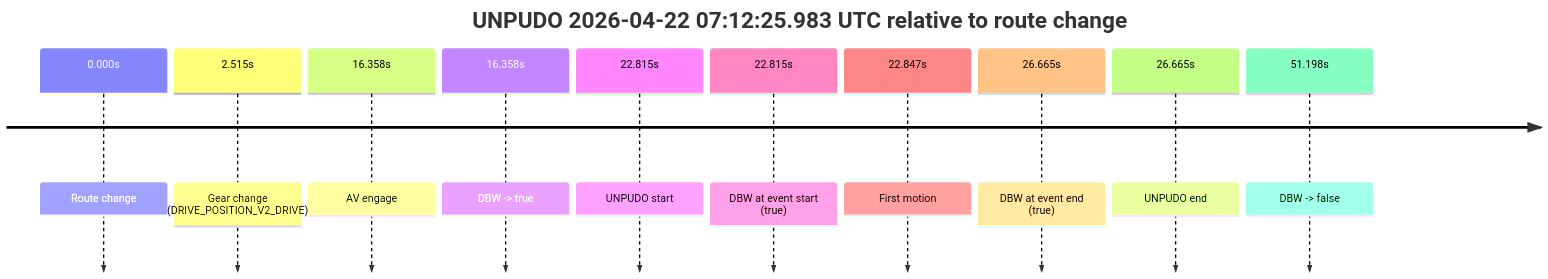
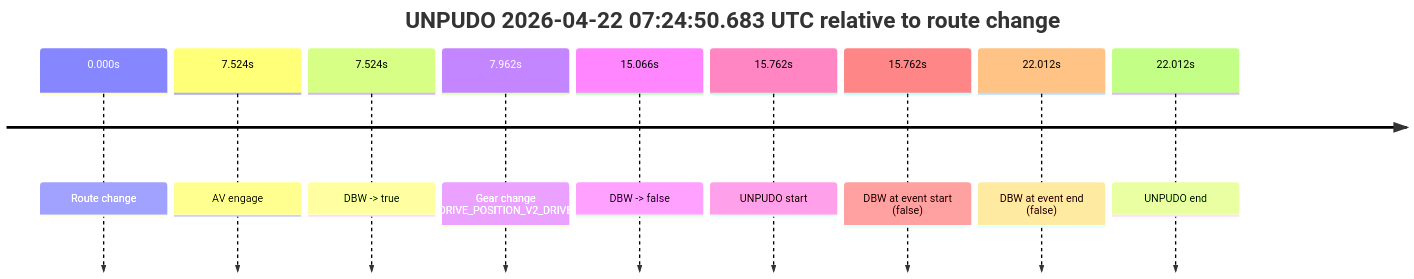
The fourth of 9 diagrams in model_analysis/report_cards/2026/04/Week-4/fme20036--2026-04-22--06-33-19--gen2-av-a5ab6b59-04e9-48b8-ab1d-b3db64f8f137.md (yoelshapiro/vault), drawn with Mermaid before and after one commit. The commit also changed other lines of this file and 17 other files, not shown here.

````diff
--- a/model_analysis/report_cards/2026/04/Week-4/fme20036--2026-04-22--06-33-19--gen2-av-a5ab6b59-04e9-48b8-ab1d-b3db64f8f137.md
+++ b/model_analysis/report_cards/2026/04/Week-4/fme20036--2026-04-22--06-33-19--gen2-av-a5ab6b59-04e9-48b8-ab1d-b3db64f8f137.md
@@ -403,14 +319,13 @@
 ```mermaid
 timeline
-    title UNPUDO 2026-04-22 07:12:25.983 UTC relative to route change
+    title UNPUDO 2026-04-22 07:24:50.683 UTC relative to route change
     0.000s : Route change
-    2.515s : Gear change (DRIVE_POSITION_V2_DRIVE)
-    16.358s : AV engage
-    16.358s : DBW -> true
-    22.815s : UNPUDO start
-    22.815s : DBW at event start (true)
-    22.847s : First motion
-    26.665s : DBW at event end (true)
-    26.665s : UNPUDO end
-    51.198s : DBW -> false
+    7.524s : AV engage
+    7.524s : DBW -> true
+    7.962s : Gear change (DRIVE_POSITION_V2_DRIVE)
+    15.066s : DBW -> false
+    15.762s : UNPUDO start
+    15.762s : DBW at event start (false)
+    22.012s : DBW at event end (false)
+    22.012s : UNPUDO end
 ```
````
